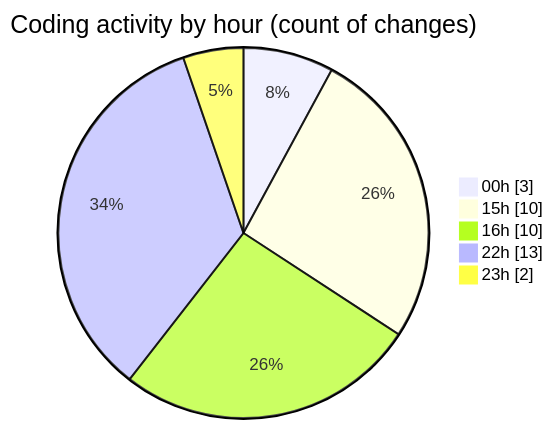
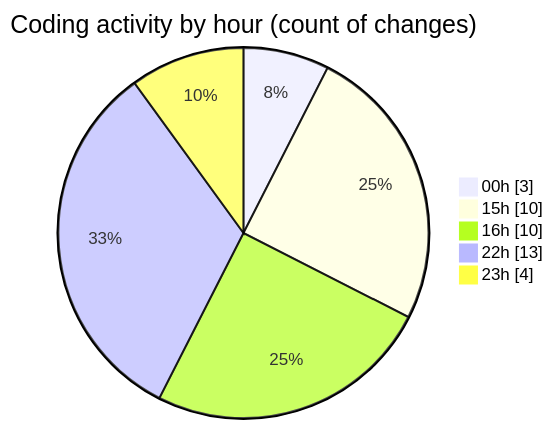
One commit to idhammustaqopulfikri/code-tracking changed the second of 2 diagrams in 2025-03-30/autodidak/README.md. Above: the diagram before and after it, drawn with Mermaid. The commit also changed other lines of this file and 1 other file, not shown here.

````diff
--- a/2025-03-30/autodidak/README.md
+++ b/2025-03-30/autodidak/README.md
@@ -37,9 +37,9 @@
 ```mermaid
 pie showData
 title Coding activity by hour (count of changes)
 "00h" : 3
 "15h" : 10
 "16h" : 10
 "22h" : 13
-"23h" : 2
+"23h" : 4
 ```
````
